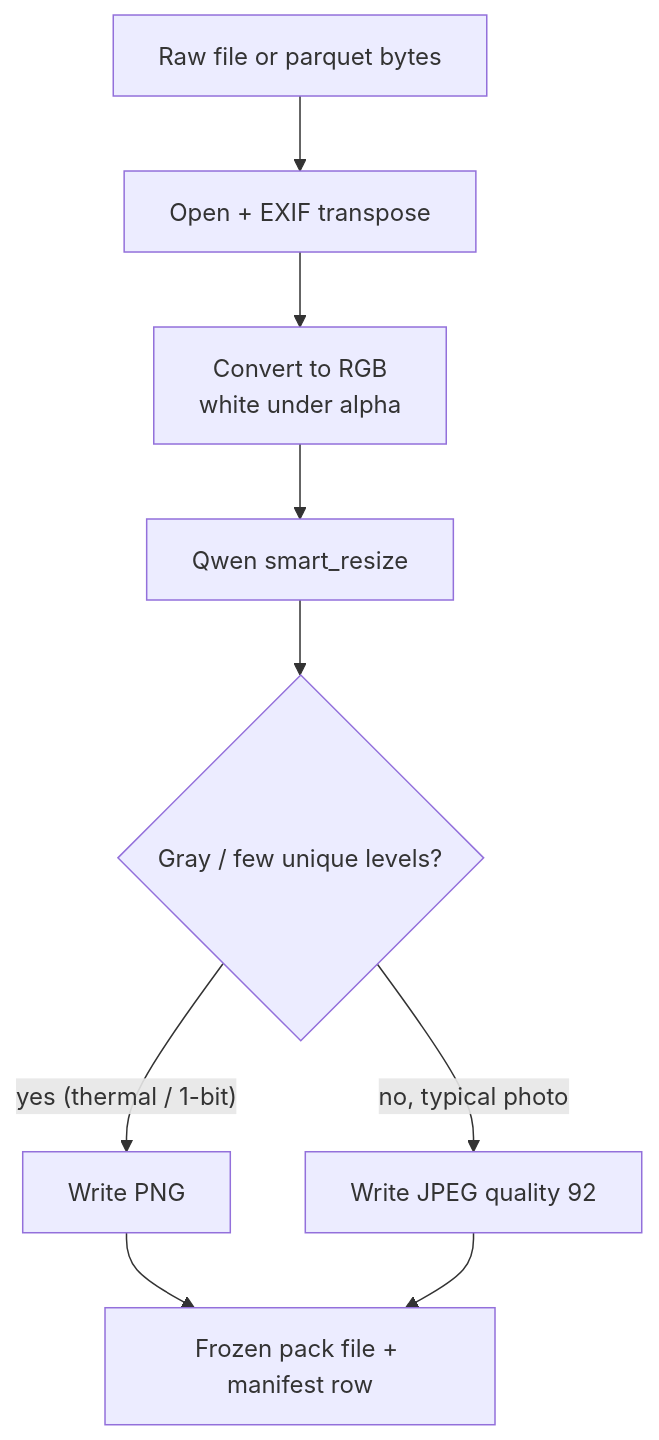
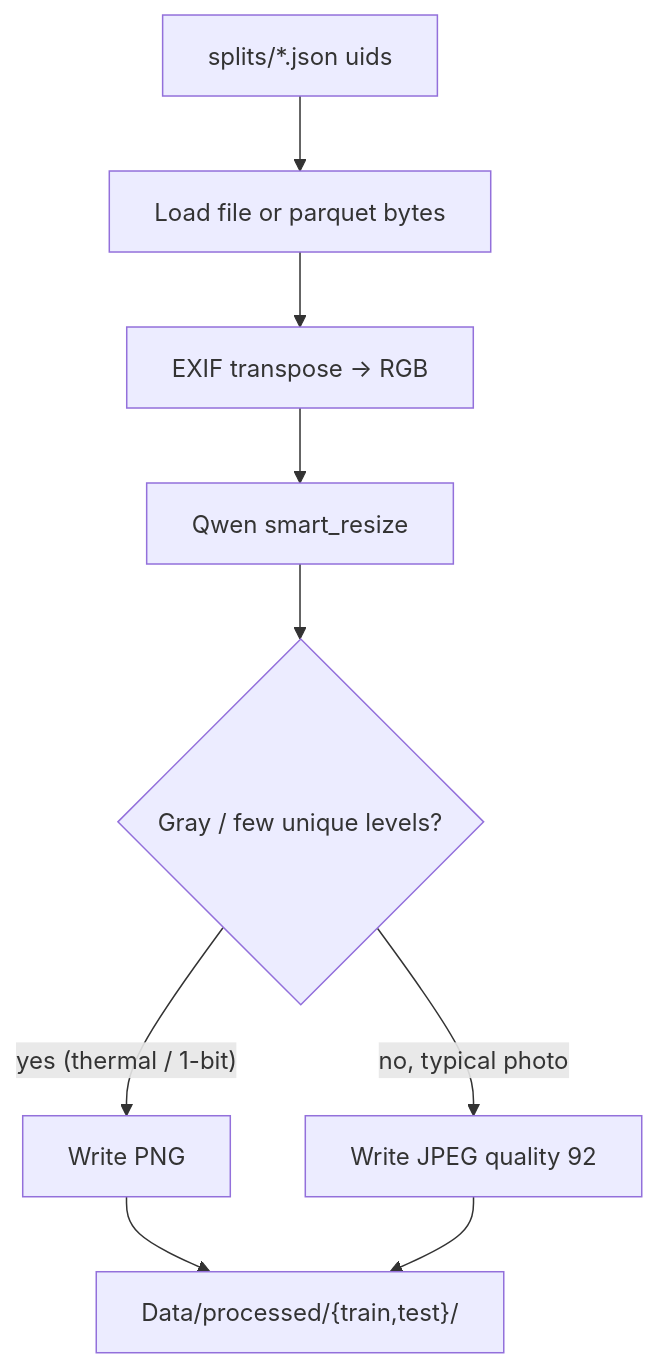
One commit to Anshulky/-Knowledge-Distillation-of-VLM changed the diagram in README.md. Above: the diagram before and after it, drawn with Mermaid. The commit also changed other lines of this file and 8 other files, not shown here.

Commit message:
add split function to process train and test seprately

````diff
--- a/README.md
+++ b/README.md
@@ -73,11 +73,11 @@
 ```mermaid
 flowchart TD
-  A["Raw file or parquet bytes"] --> B["Open + EXIF transpose"]
-  B --> C["Convert to RGB<br/>white under alpha"]
+  A["splits/*.json uids"] --> B["Load file or parquet bytes"]
+  B --> C["EXIF transpose → RGB"]
   C --> D["Qwen smart_resize"]
   D --> E{"Gray / few unique levels?"}
   E -->|"yes (thermal / 1-bit)"| F["Write PNG"]
   E -->|no, typical photo| G["Write JPEG quality 92"]
-  F --> H["Frozen pack file + manifest row"]
+  F --> H["Data/processed/{train,test}/"]
   G --> H
 ```
````
